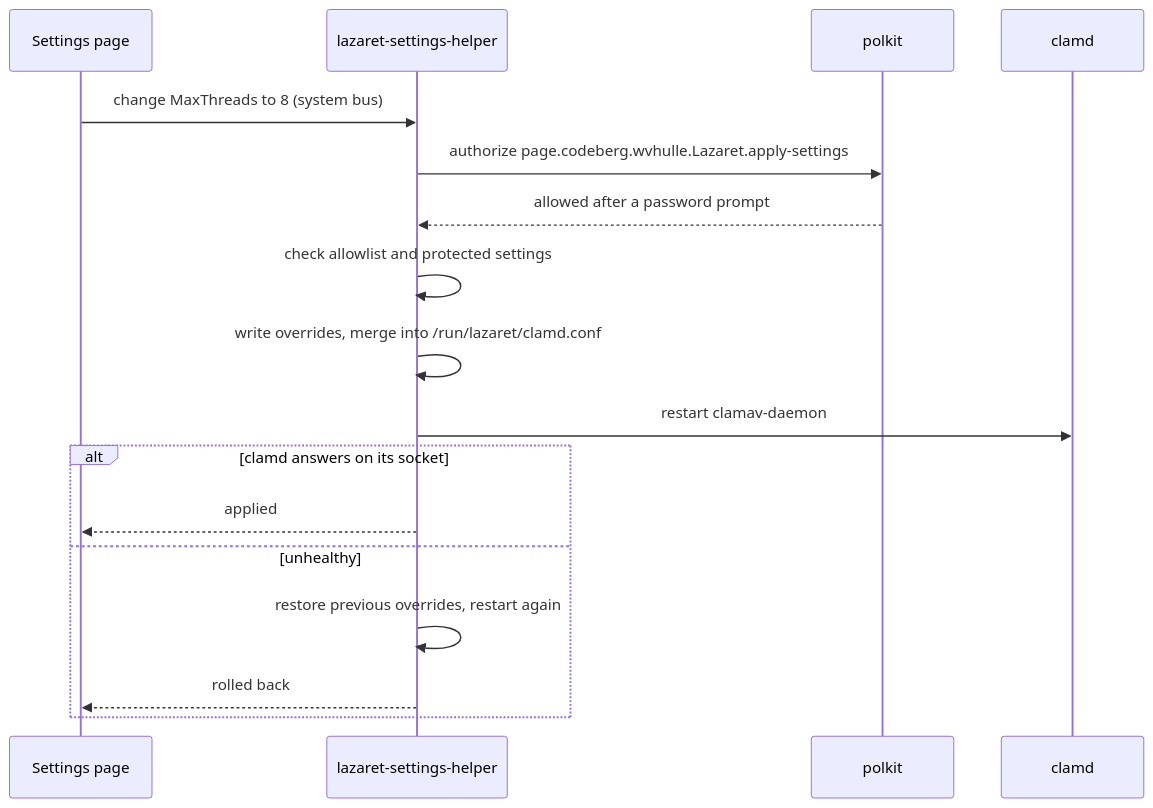
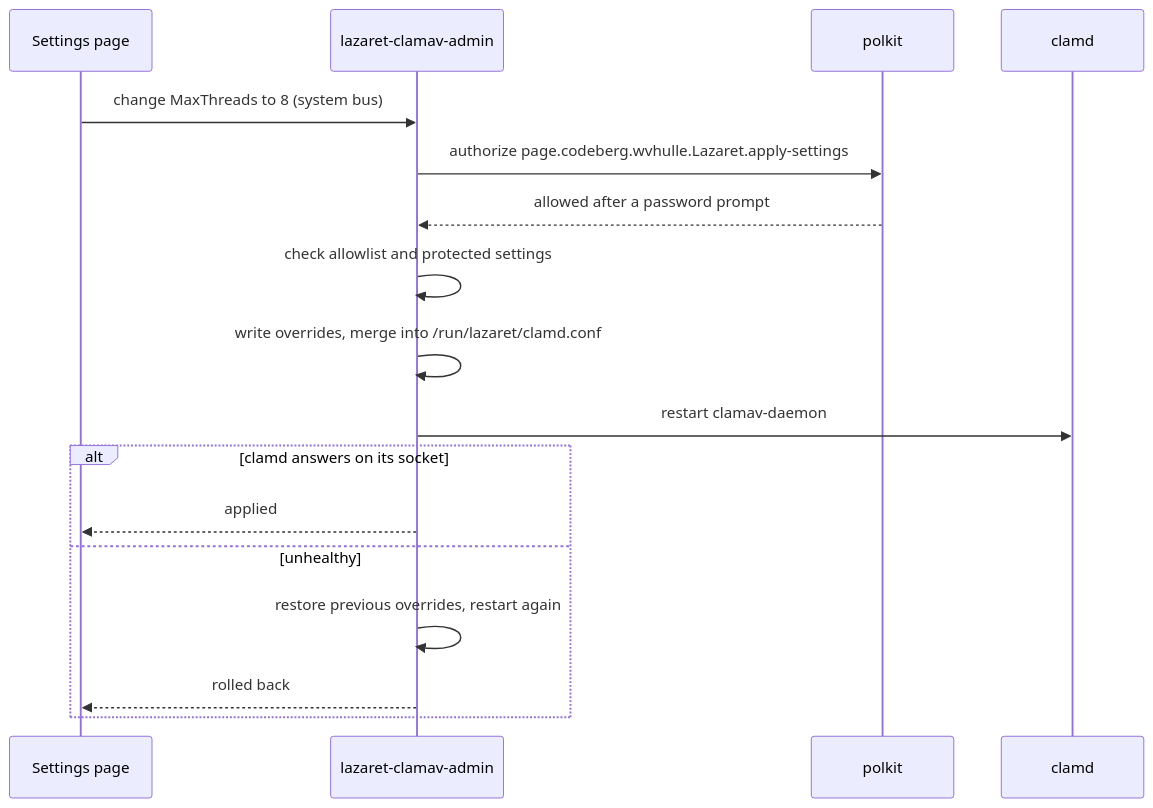
One commit to wvhulle/clamui changed the fourth of 8 diagrams in docs/architecture.md. Above: the diagram before and after it, drawn with Mermaid. The commit also changed other lines of this file and 53 other files, not shown here.

Commit message:
refactor: rename the settings helper to the ClamAV admin service

````diff
--- a/docs/architecture.md
+++ b/docs/architecture.md
@@ -110,20 +110,20 @@
 ```mermaid
 sequenceDiagram
     participant Settings as Settings page
-    participant Helper as lazaret-settings-helper
+    participant AdminService as lazaret-clamav-admin
     participant Polkit as polkit
     participant Clamd as clamd
 
-    Settings->>Helper: change MaxThreads to 8 (system bus)
-    Helper->>Polkit: authorize page.codeberg.wvhulle.Lazaret.apply-settings
-    Polkit-->>Helper: allowed after a password prompt
-    Helper->>Helper: check allowlist and protected settings
-    Helper->>Helper: write overrides, merge into /run/lazaret/clamd.conf
-    Helper->>Clamd: restart clamav-daemon
+    Settings->>AdminService: change MaxThreads to 8 (system bus)
+    AdminService->>Polkit: authorize page.codeberg.wvhulle.Lazaret.apply-settings
+    Polkit-->>AdminService: allowed after a password prompt
+    AdminService->>AdminService: check allowlist and protected settings
+    AdminService->>AdminService: write overrides, merge into /run/lazaret/clamd.conf
+    AdminService->>Clamd: restart clamav-daemon
     alt clamd answers on its socket
-        Helper-->>Settings: applied
+        AdminService-->>Settings: applied
     else unhealthy
-        Helper->>Helper: restore previous overrides, restart again
-        Helper-->>Settings: rolled back
+        AdminService->>AdminService: restore previous overrides, restart again
+        AdminService-->>Settings: rolled back
     end
 ```
````
